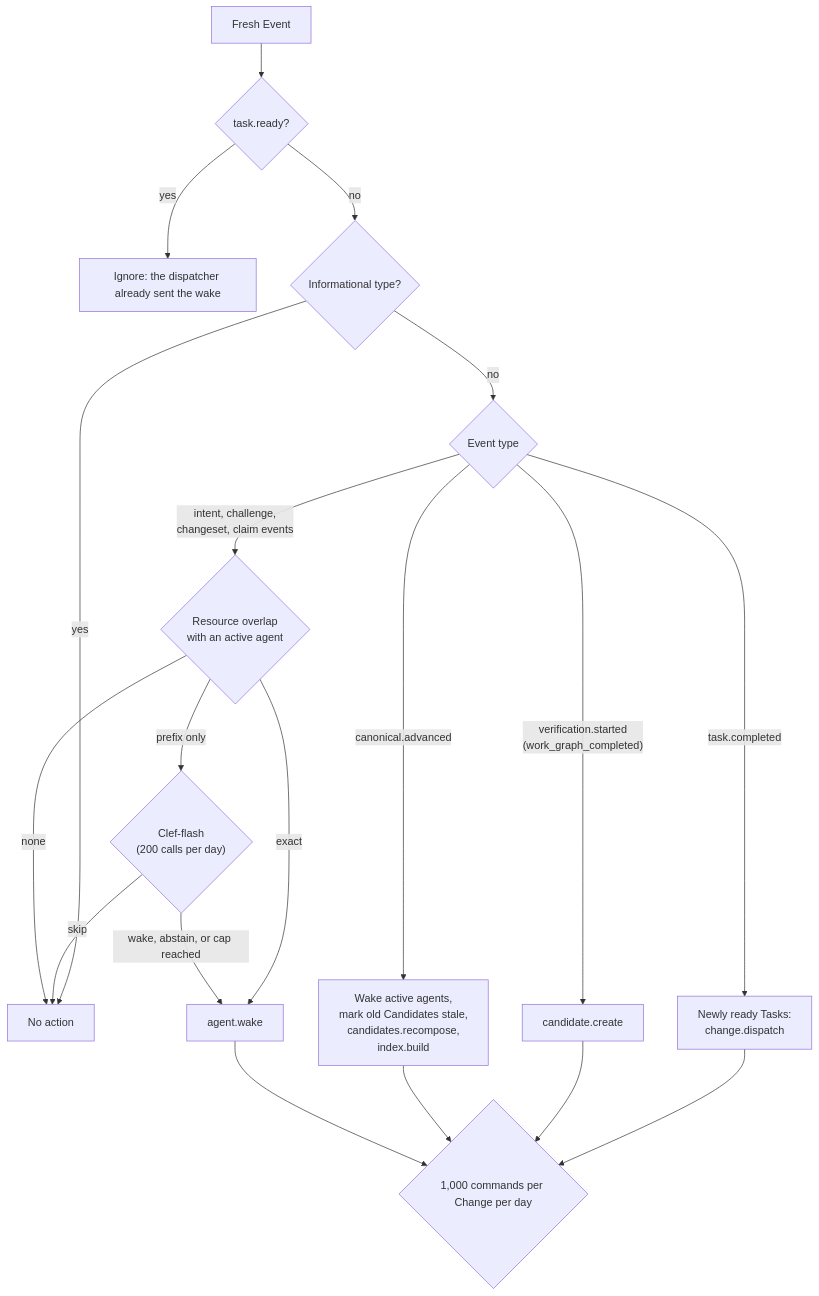
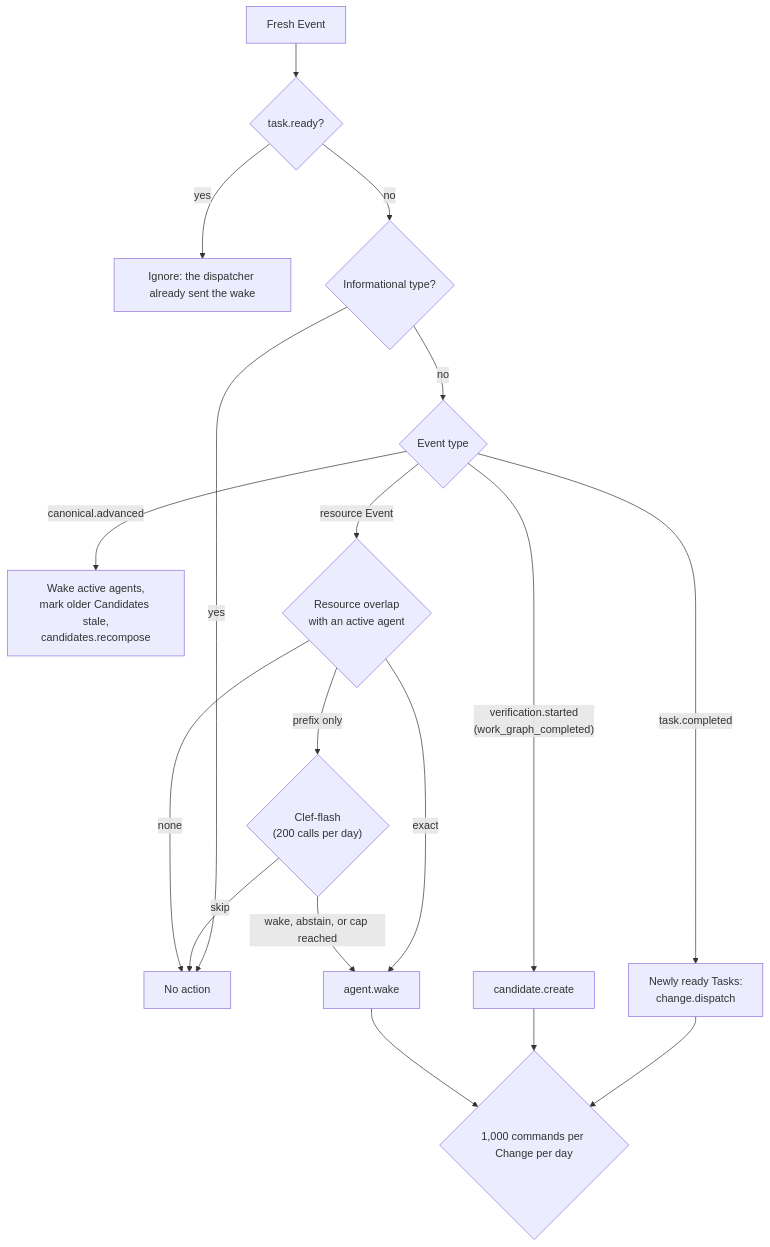
Before and after one commit to nsudhanva/rhumbatron: the fourth of 7 diagrams in docs/architecture/events-and-commands.md, drawn with Mermaid. The commit also changed other lines of this file and 47 other files, not shown here.

````diff
--- a/docs/architecture/events-and-commands.md
+++ b/docs/architecture/events-and-commands.md
@@ -112,21 +127,20 @@
 ```mermaid
 flowchart TB
   E["Fresh Event"] --> TR{"task.ready?"}
   TR -->|"yes"| SKIP["Ignore: the dispatcher already sent the wake"]
   TR -->|"no"| INF{"Informational type?"}
   INF -->|"yes"| NONE["No action"]
   INF -->|"no"| TYPE{"Event type"}
   TYPE -->|"task.completed"| READY["Newly ready Tasks:<br/>change.dispatch"]
   TYPE -->|"verification.started<br/>(work_graph_completed)"| COMP["candidate.create"]
-  TYPE -->|"canonical.advanced"| CA["Wake active agents,<br/>mark old Candidates stale,<br/>candidates.recompose,<br/>index.build"]
-  TYPE -->|"intent, challenge,<br/>changeset, claim events"| OV{"Resource overlap<br/>with an active agent"}
+  TYPE -->|"canonical.advanced"| CA["Wake active agents,<br/>mark older Candidates stale,<br/>candidates.recompose"]
+  TYPE -->|"resource Event"| OV{"Resource overlap<br/>with an active agent"}
   OV -->|"exact"| WAKE["agent.wake"]
   OV -->|"prefix only"| CLEF{"Clef-flash<br/>(200 calls per day)"}
   CLEF -->|"wake, abstain, or cap reached"| WAKE
   CLEF -->|"skip"| NONE
   OV -->|"none"| NONE
   READY --> CAP{"1,000 commands per Change per day"}
   COMP --> CAP
-  CA --> CAP
   WAKE --> CAP
 ```
````
